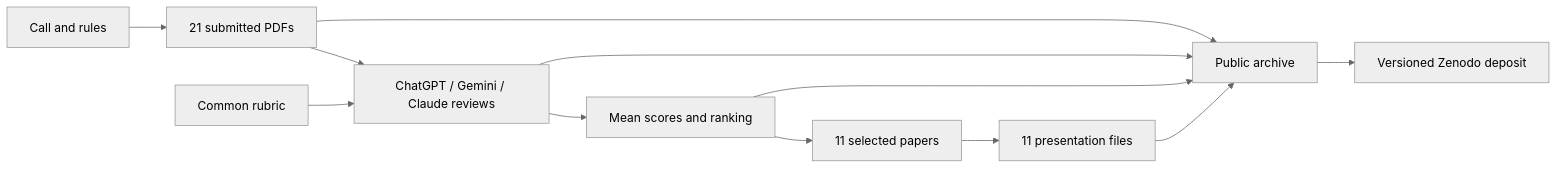
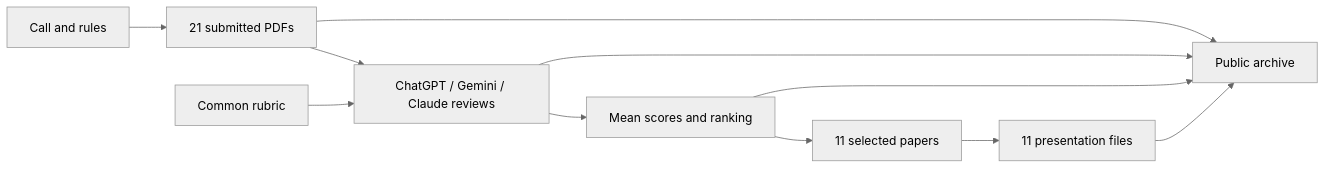
Before and after one commit to NETSERV-UAH/cnsm-2026-cfaip: the diagram in README.md, drawn with Mermaid (neutral theme). The commit also changed other lines of this file, not shown here.

````diff
--- a/README.md
+++ b/README.md
@@ -26,14 +24,13 @@
 ```mermaid
 flowchart LR
     A[Call and rules] --> B[21 submitted PDFs]
     B --> C[ChatGPT / Gemini / Claude reviews]
     P[Common rubric] --> C
     C --> D[Mean scores and ranking]
     D --> E[11 selected papers]
     E --> F[11 presentation files]
     B --> G[Public archive]
     C --> G
     D --> G
     F --> G
-    G --> H[Versioned Zenodo deposit]
 ```
````
